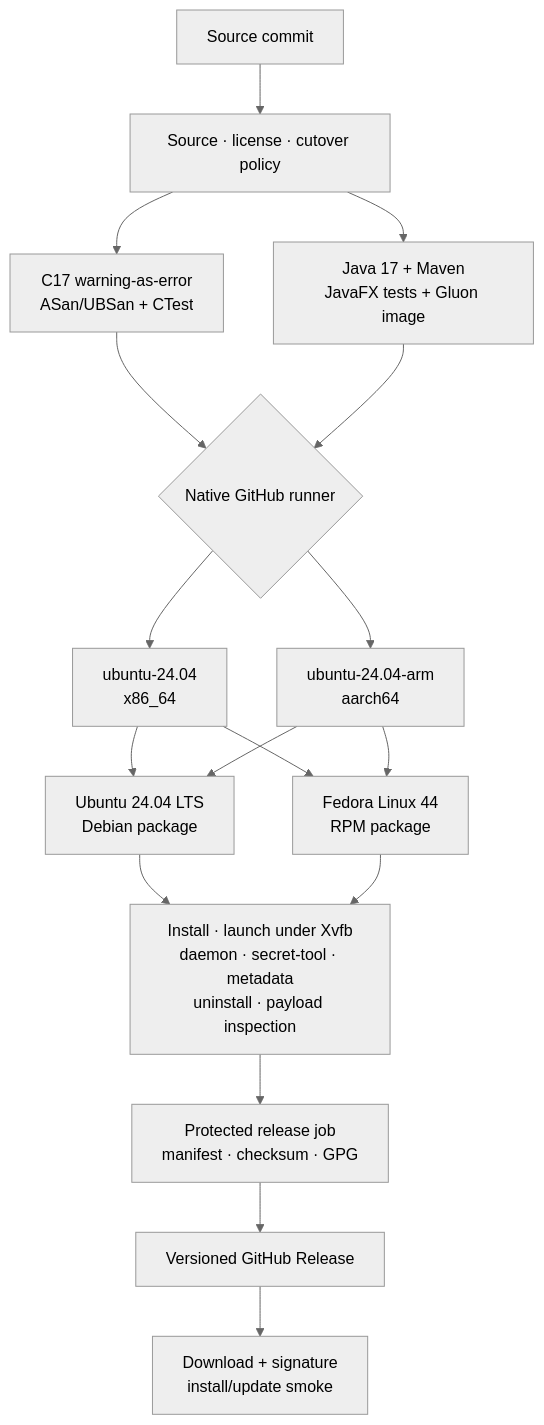
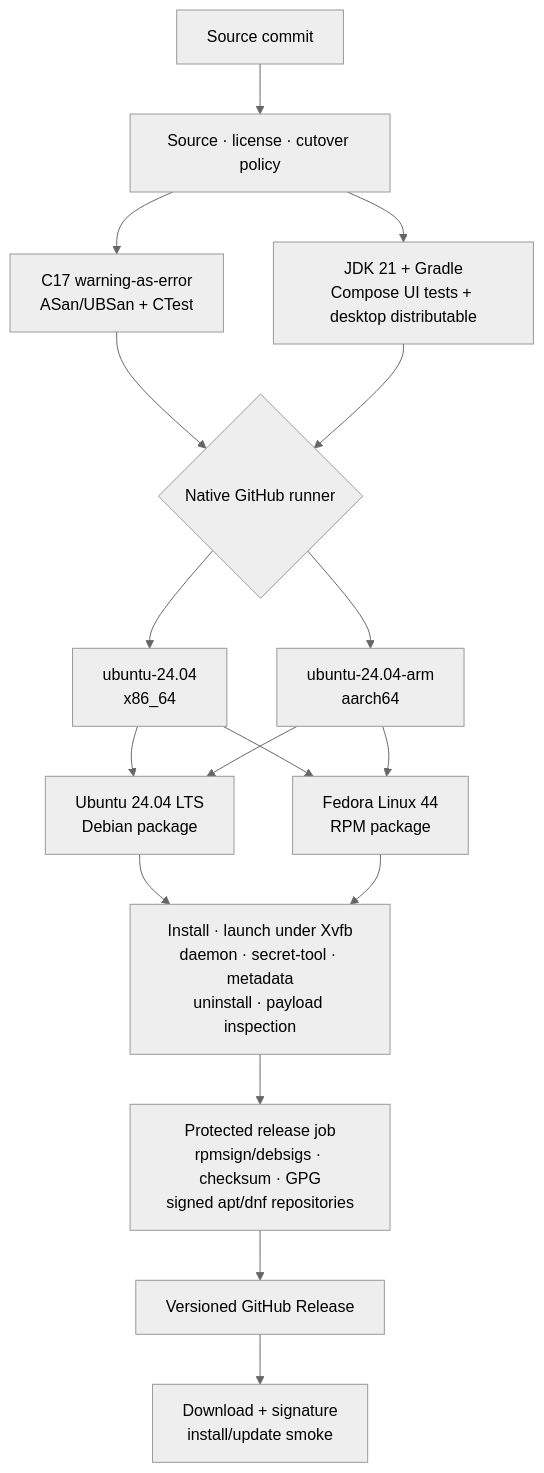
One commit to JohnThre/clambhook changed the diagram in packaging/README.md. Above: the diagram before and after it, drawn with Mermaid (neutral theme). The commit also changed other lines of this file and 76 other files, not shown here.

First line of the commit message:
ui: replace JavaFX/Gluon with a Kotlin Compose Multiplatform app

````diff
--- a/packaging/README.md
+++ b/packaging/README.md
@@ -48,19 +54,19 @@
 ```mermaid
 flowchart TD
     commit["Source commit"] --> policy["Source · license · cutover policy"]
     policy --> native["C17 warning-as-error<br/>ASan/UBSan + CTest"]
-    policy --> javafx["Java 17 + Maven<br/>JavaFX tests + Gluon image"]
+    policy --> kotlin["JDK 21 + Gradle<br/>Compose UI tests + desktop distributable"]
     native --> matrix{"Native GitHub runner"}
-    javafx --> matrix
+    kotlin --> matrix
     matrix --> x64["ubuntu-24.04<br/>x86_64"]
     matrix --> arm["ubuntu-24.04-arm<br/>aarch64"]
     x64 --> ubuntu["Ubuntu 24.04 LTS<br/>Debian package"]
     arm --> ubuntu
     x64 --> fedora["Fedora Linux 44<br/>RPM package"]
     arm --> fedora
     ubuntu --> inspect["Install · launch under Xvfb<br/>daemon · secret-tool · metadata<br/>uninstall · payload inspection"]
     fedora --> inspect
-    inspect --> protected["Protected release job<br/>manifest · checksum · GPG"]
+    inspect --> protected["Protected release job<br/>rpmsign/debsigs · checksum · GPG<br/>signed apt/dnf repositories"]
     protected --> github["Versioned GitHub Release"]
     github --> verify["Download + signature<br/>install/update smoke"]
 ```
````
